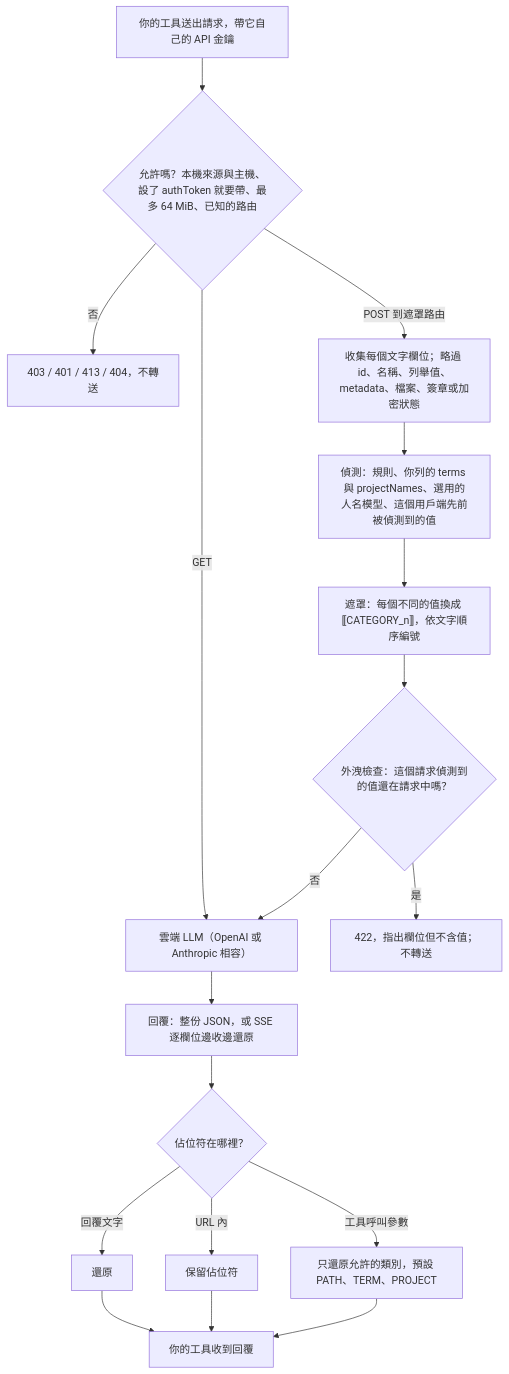
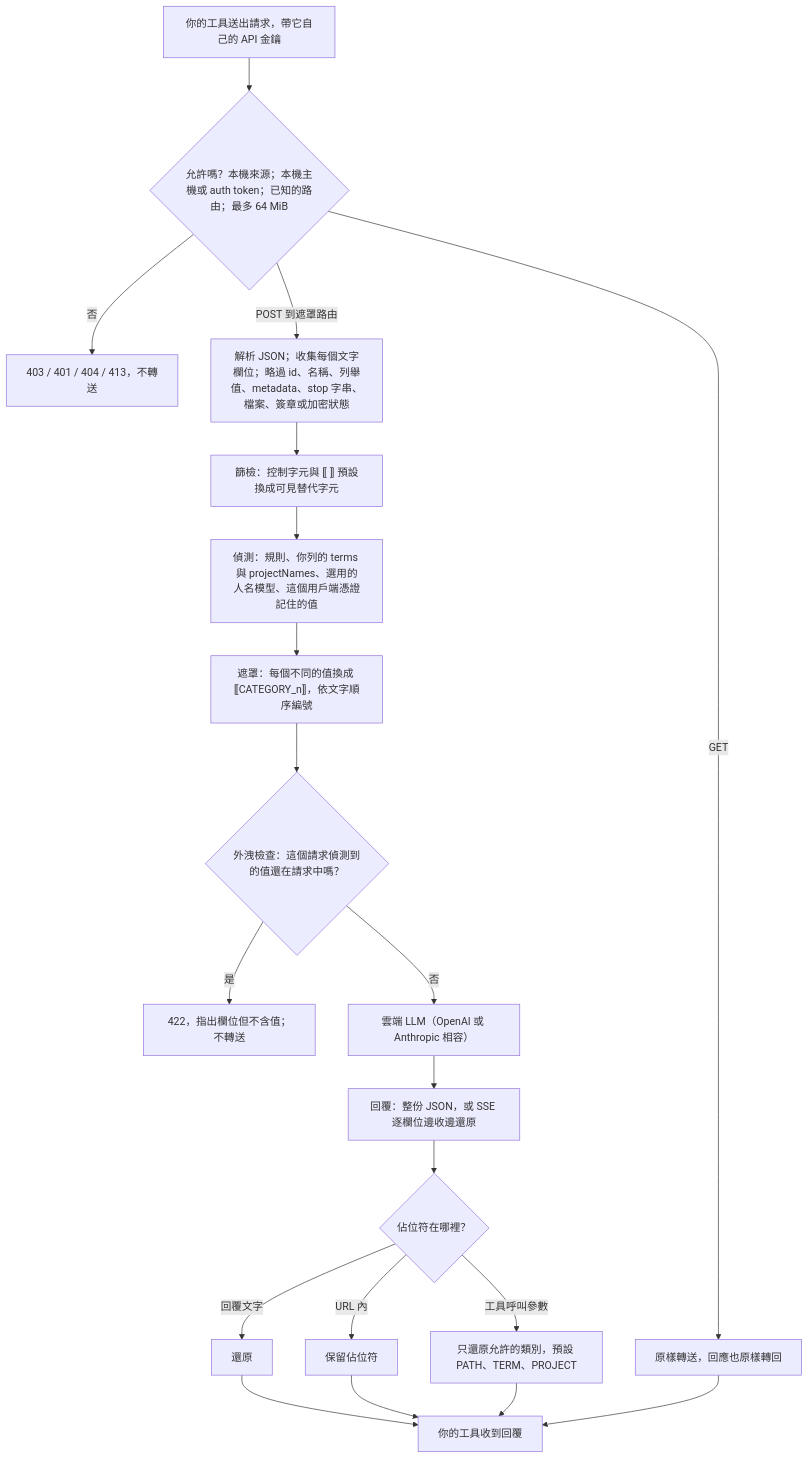
One commit to Exestence/redaction-proxy changed the diagram in README.zh-TW.md. Above: the diagram before and after it, drawn with Mermaid. The commit also changed other lines of this file and 3 other files, not shown here.

````diff
--- a/README.zh-TW.md
+++ b/README.zh-TW.md
@@ -145,20 +145,22 @@
 ```mermaid
 flowchart TD
-  A["你的工具送出請求，帶它自己的 API 金鑰"] --> B{"允許嗎？本機來源與主機、設了 authToken 就要帶、最多 64 MiB、已知的路由"}
-  B -- "否" --> B2["403 / 401 / 413 / 404，不轉送"]
-  B -- "GET" --> U
-  B -- "POST 到遮罩路由" --> C["收集每個文字欄位；略過 id、名稱、列舉值、metadata、檔案、簽章或加密狀態"]
-  C --> D["偵測：規則、你列的 terms 與 projectNames、選用的人名模型、這個用戶端先前被偵測到的值"]
+  A["你的工具送出請求，帶它自己的 API 金鑰"] --> B{"允許嗎？本機來源；本機主機或 auth token；已知的路由；最多 64 MiB"}
+  B -- "否" --> B2["403 / 401 / 404 / 413，不轉送"]
+  B -- "GET" --> P["原樣轉送，回應也原樣轉回"]
+  B -- "POST 到遮罩路由" --> C["解析 JSON；收集每個文字欄位；略過 id、名稱、列舉值、metadata、stop 字串、檔案、簽章或加密狀態"]
+  C --> S["篩檢：控制字元與 ⟦ ⟧ 預設換成可見替代字元"]
+  S --> D["偵測：規則、你列的 terms 與 projectNames、選用的人名模型、這個用戶端憑證記住的值"]
   D --> E["遮罩：每個不同的值換成 ⟦CATEGORY_n⟧，依文字順序編號"]
   E --> F{"外洩檢查：這個請求偵測到的值還在請求中嗎？"}
   F -- "是" --> F2["422，指出欄位但不含值；不轉送"]
   F -- "否" --> U["雲端 LLM（OpenAI 或 Anthropic 相容）"]
   U --> R["回覆：整份 JSON，或 SSE 逐欄位邊收邊還原"]
   R --> G{"佔位符在哪裡？"}
   G -- "回覆文字" --> G1["還原"]
   G -- "URL 內" --> G2["保留佔位符"]
   G -- "工具呼叫參數" --> G3["只還原允許的類別，預設 PATH、TERM、PROJECT"]
   G1 --> Z["你的工具收到回覆"]
   G2 --> Z
   G3 --> Z
+  P --> Z
 ```
````
